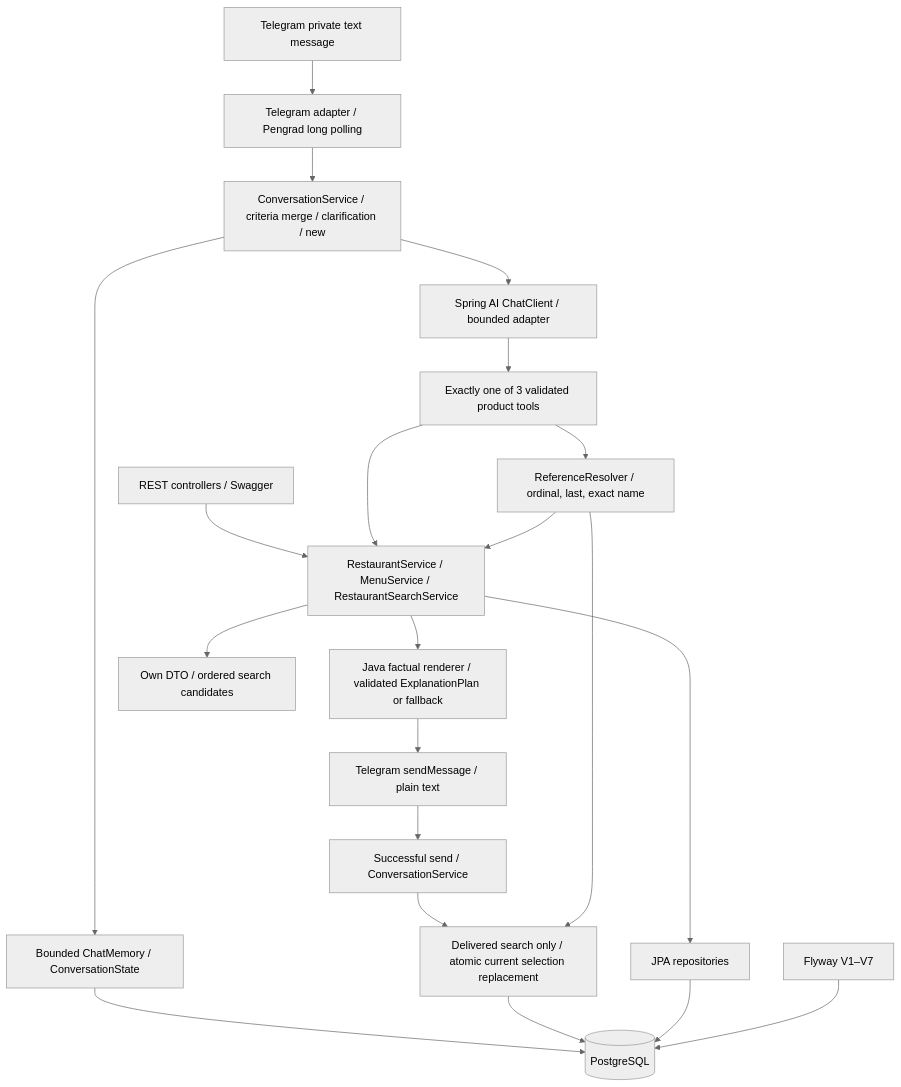
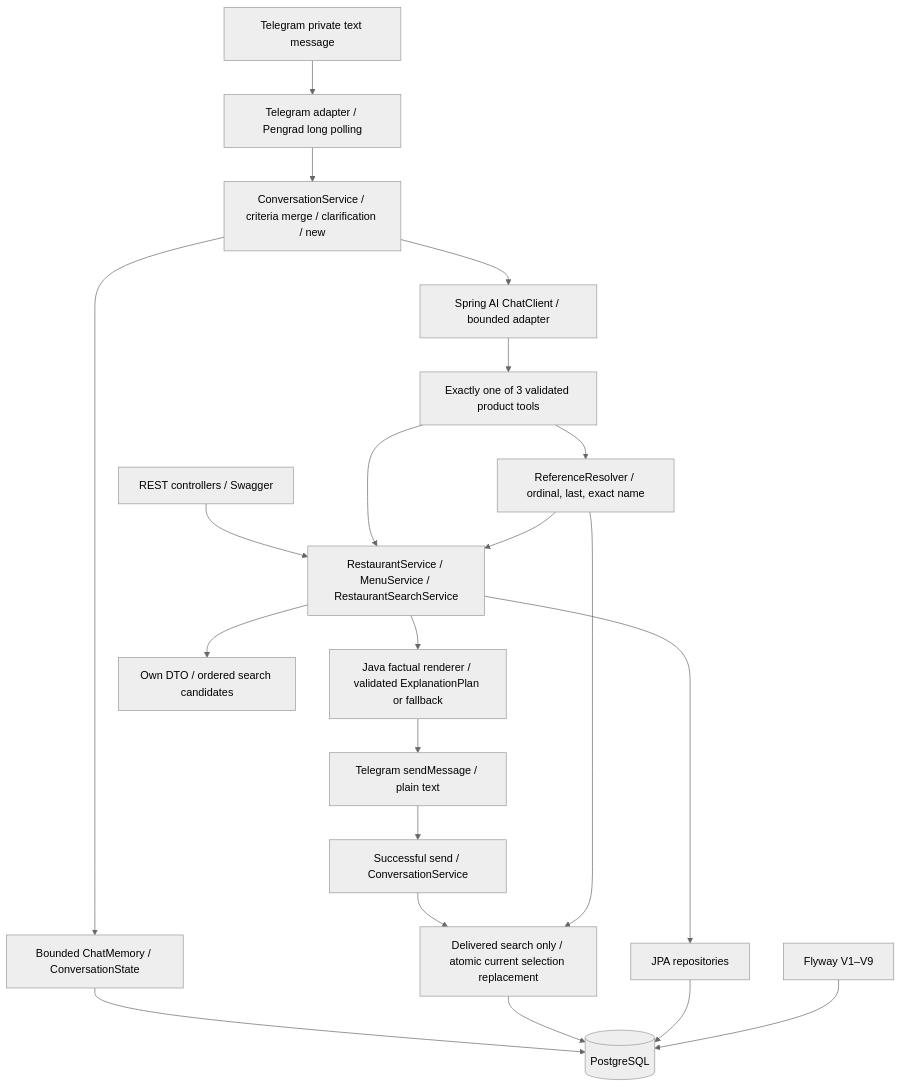
One commit to ilyakutarba-source/minsk-restaurant-ai-bot changed the diagram in docs/ARCHITECTURE.md. Above: the diagram before and after it, drawn with Mermaid (neutral theme). The commit also changed 8 other files, not shown here.

````diff
--- a/docs/ARCHITECTURE.md
+++ b/docs/ARCHITECTURE.md
@@ -9,23 +9,23 @@
 ```mermaid
 flowchart TD
     TELEGRAM[Telegram private text message] --> TRANSPORT[Telegram adapter / Pengrad long polling]
     TRANSPORT --> CONVERSATION[ConversationService / criteria merge / clarification / new]
     CONVERSATION --> MEMORY[Bounded ChatMemory / ConversationState]
     MEMORY --> PG
     CONVERSATION --> AI
     REST[REST controllers / Swagger] --> SERVICES[RestaurantService / MenuService / RestaurantSearchService]
     AI[Spring AI ChatClient / bounded adapter] --> TOOL[Exactly one of 3 validated product tools]
     TOOL --> SERVICES
     TOOL --> REFERENCE
     SERVICES --> CARDS[Java factual renderer / validated ExplanationPlan or fallback]
     CARDS --> SEND[Telegram sendMessage / plain text]
     SEND --> DELIVERED[Successful send / ConversationService]
     DELIVERED --> SELECTION[Delivered search only / atomic current selection replacement]
     SELECTION --> PG
     REFERENCE[ReferenceResolver / ordinal, last, exact name] --> SELECTION
     REFERENCE --> SERVICES
     SERVICES --> DTO[Own DTO / ordered search candidates]
     SERVICES --> JPA[JPA repositories]
     JPA --> PG[(PostgreSQL)]
-    FLYWAY[Flyway V1–V7] --> PG
+    FLYWAY[Flyway V1–V9] --> PG
 ```
````
